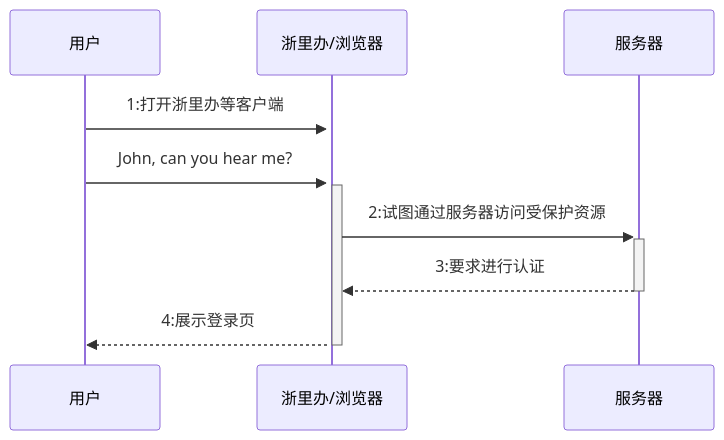
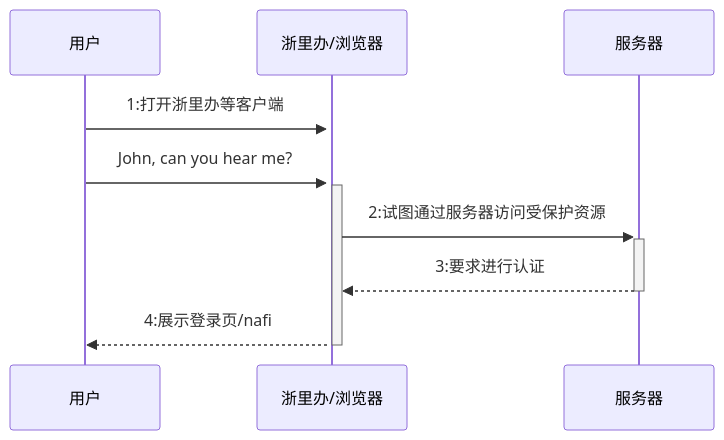
Before and after one commit to fifuntop/iodraw-files: the diagram in all/居民端时序图.md, drawn with Mermaid.

Commit message:
2024-03-14 14:54:07 update

````diff
--- a/all/居民端时序图.md
+++ b/all/居民端时序图.md
@@ -1,9 +1,9 @@
 ```mermaid
 sequenceDiagram
     用户->>+浙里办/浏览器: 1:打开浙里办等客户端
     用户->>+浙里办/浏览器: John, can you hear me?
     浙里办/浏览器->>+服务器: 2:试图通过服务器访问受保护资源
     服务器-->>-浙里办/浏览器: 3:要求进行认证
-    浙里办/浏览器-->>-用户: 4:展示登录页
+    浙里办/浏览器-->>-用户: 4:展示登录页/nafi
             
 ```
````
